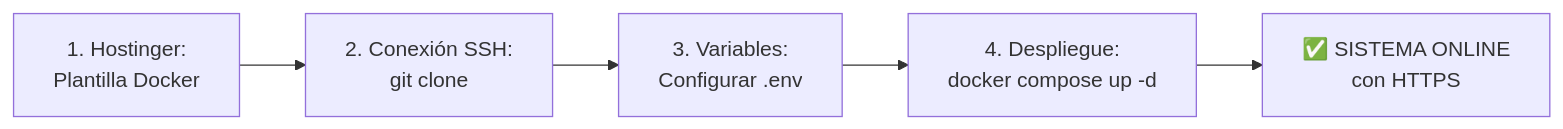
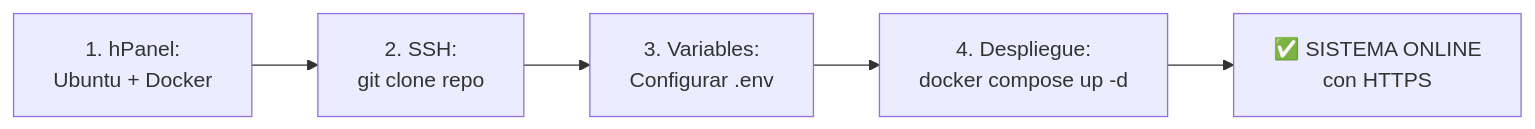
One commit to dellagnoloRA/matacos-deportes-app changed the first of 2 diagrams in contexto/Guia_Despliegue_Hostinger_VPS_y_Terminales_Matacos.md. Above: the diagram before and after it, drawn with Mermaid. The commit also changed other lines of this file and 3 other files, not shown here.

````diff
--- a/contexto/Guia_Despliegue_Hostinger_VPS_y_Terminales_Matacos.md
+++ b/contexto/Guia_Despliegue_Hostinger_VPS_y_Terminales_Matacos.md
@@ -41,7 +47,7 @@
 ```mermaid
 flowchart LR
-    A["1. Hostinger:<br>Plantilla Docker"] --> B["2. Conexión SSH:<br>git clone"]
+    A["1. hPanel:<br>Ubuntu + Docker"] --> B["2. SSH:<br>git clone repo"]
     B --> C["3. Variables:<br>Configurar .env"]
     C --> D["4. Despliegue:<br>docker compose up -d"]
     D --> E["✅ SISTEMA ONLINE<br>con HTTPS"]
 ```
````
